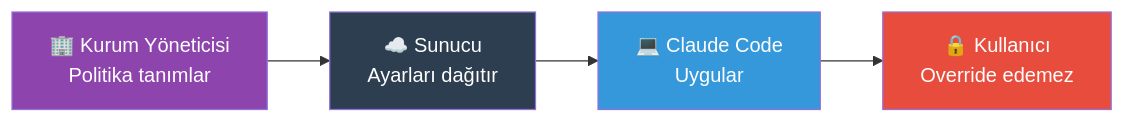
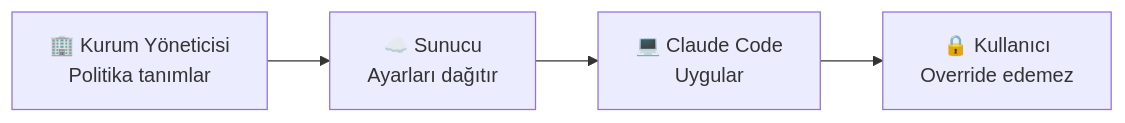
Before and after one commit to IzzetYasinAtes/ClaudeCodeHandbook: the second of 3 diagrams in 17-konfigurasyon/01-ayar-dosyalari-hiyerarsisi.md, drawn with Mermaid. The commit also changed other lines of this file and 97 other files, not shown here.

Commit message:
Remove all custom Mermaid style/fill colors from 98 markdown files for consistent dark theme rendering

````diff
--- a/17-konfigurasyon/01-ayar-dosyalari-hiyerarsisi.md
+++ b/17-konfigurasyon/01-ayar-dosyalari-hiyerarsisi.md
@@ -167,11 +163,7 @@
 ```mermaid
 flowchart LR
     ADMIN["🏢 Kurum Yöneticisi<br/>Politika tanımlar"] --> SERVER["☁️ Sunucu<br/>Ayarları dağıtır"]
     SERVER --> CLIENT["💻 Claude Code<br/>Uygular"]
     CLIENT --> LOCK["🔒 Kullanıcı<br/>Override edemez"]
 
-    style ADMIN fill:#8E44AD,color:#fff
-    style SERVER fill:#2C3E50,color:#fff
-    style CLIENT fill:#3498DB,color:#fff
-    style LOCK fill:#E74C3C,color:#fff
 ```
````
